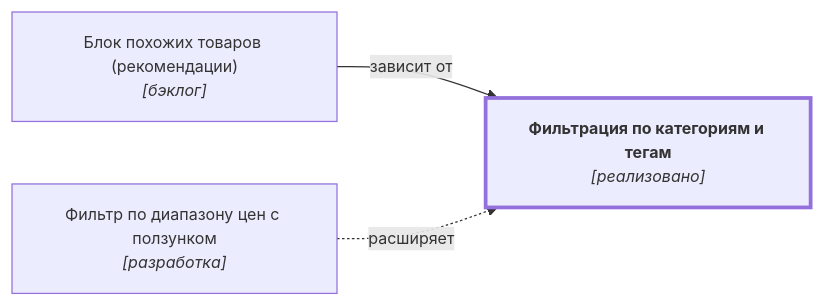
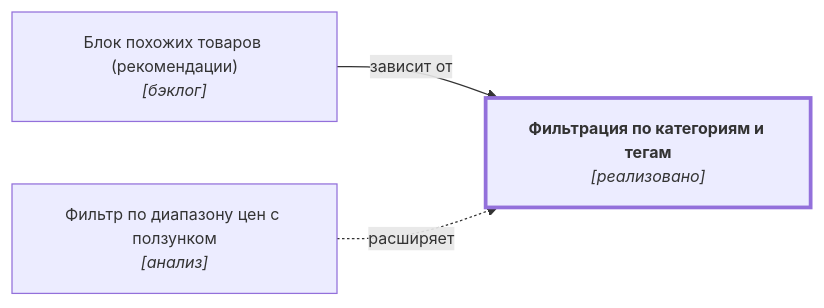
The diagram in docs/registry/active/catalog/filter-categories.md (DmitryKhilko/example-app-requirements), drawn with Mermaid before and after one commit. The commit also changed other lines of this file and 4 other files, not shown here.

````diff
--- a/docs/registry/active/catalog/filter-categories.md
+++ b/docs/registry/active/catalog/filter-categories.md
@@ -60,16 +60,16 @@
 ```mermaid
 %%{init: {"themeVariables": {"fontSize": "12.8px"}}}%%
 flowchart LR
     n0["<b>Фильтрация по категориям и тегам</b><br/><i>[реализовано]</i>"]
     n1["Блок похожих товаров (рекомендации)<br/><i>[бэклог]</i>"]
-    n2["Фильтр по диапазону цен с ползунком<br/><i>[разработка]</i>"]
+    n2["Фильтр по диапазону цен с ползунком<br/><i>[анализ]</i>"]
     n1 -->|"зависит от"| n0
     n2 -.->|"расширяет"| n0
 
     classDef current stroke-width:3px
     classDef archived stroke-dasharray:5 4
     class n0 current
 
     click n1 "../product-recommendations/"
     click n2 "../filter-price-slider/"
 ```
````
